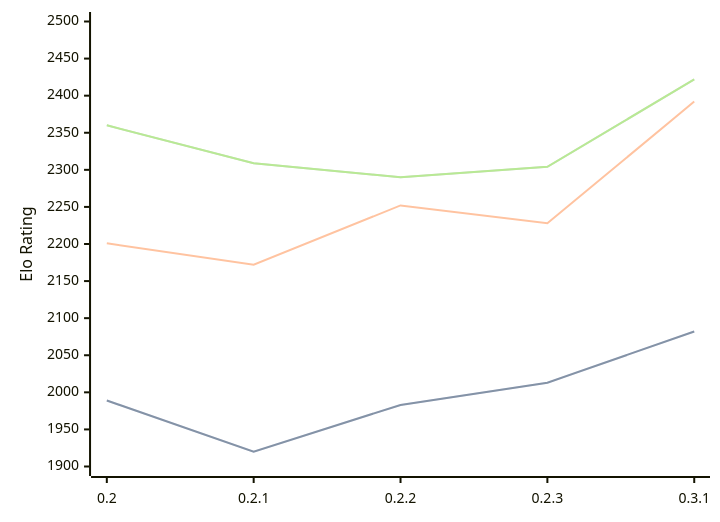
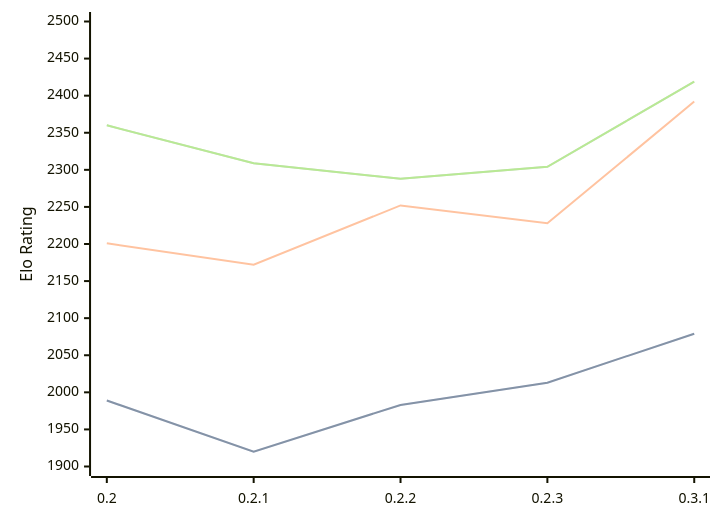
The diagram in engines/Lolbot.md (computer-chess-index/cci), drawn with Mermaid before and after one commit. The commit also changed other lines of this file, not shown here.

Commit message:
Update CCI Ratings (ELO VLTC) - 2026-08-06

````diff
--- a/engines/Lolbot.md
+++ b/engines/Lolbot.md
@@ -36,11 +36,11 @@
 ```mermaid
 %%{init: {"theme":"base","themeVariables":{"seriesColors:['#a3a3a3','#222221','#faa371']}}}%%
 xychart-beta
   x-axis ["0.2", "0.2.1", "0.2.2", "0.2.3", "0.3.1"]
   y-axis "Elo Rating" 1900 --> 2500
-  line "STC (8.0+0.08s)" [1989, 1920, 1983, 2013, 2082]
-  line "STC (8.0+0.08s)" [1989, 1920, 1983, 2013, 2082]
+  line "STC (8.0+0.08s)" [1989, 1920, 1983, 2013, 2079]
+  line "STC (8.0+0.08s)" [1989, 1920, 1983, 2013, 2079]
   line "LTC (60.0+0.60s)" [2201, 2172, 2252, 2228, 2392]
-  line "VLTC (2m24s+1.12s)" [2360, 2309, 2290, 2304, 2422]
-  line "VLTC (2m24s+1.12s)" [2360, 2309, 2290, 2304, 2422]
+  line "VLTC (2m24s+1.12s)" [2360, 2309, 2288, 2304, 2419]
+  line "VLTC (2m24s+1.12s)" [2360, 2309, 2288, 2304, 2419]
 ```
````
